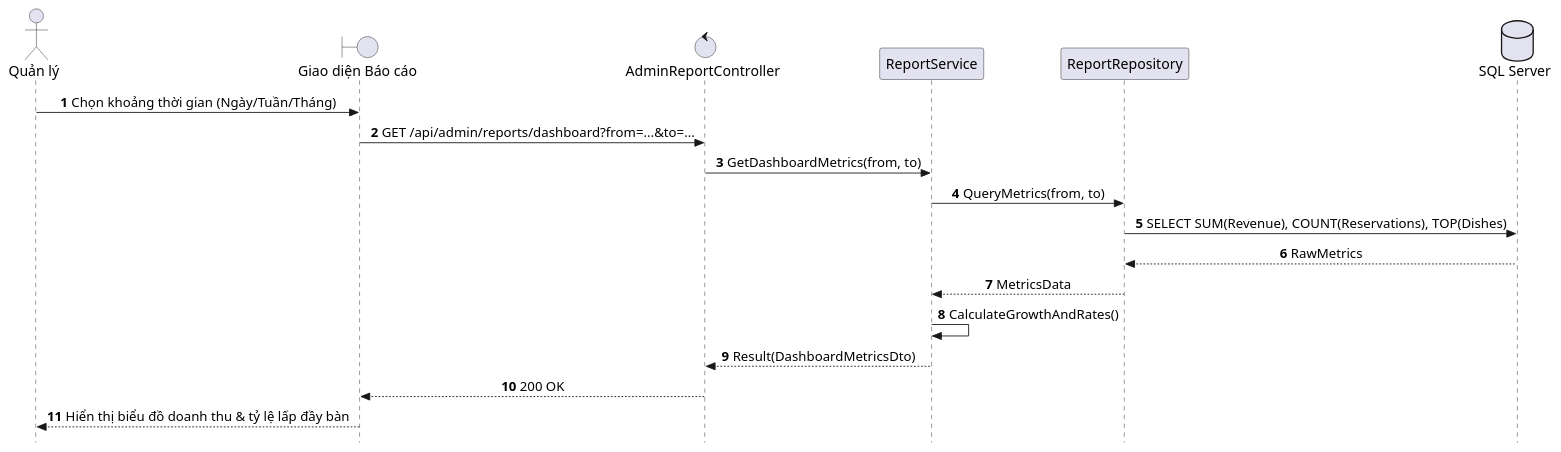
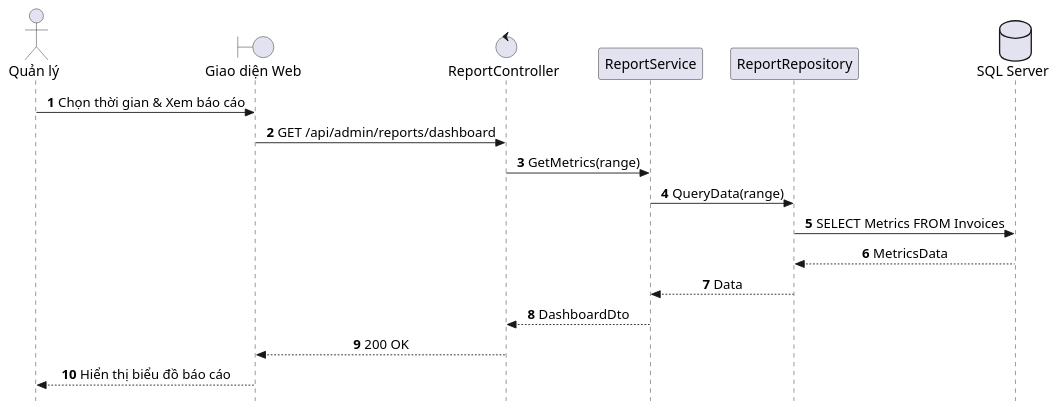
One commit to AndrewQng/VinDining changed the diagram in docs/use-cases/UC-A5_Bao_Cao_Thong_Ke_Dashboard.md. Above: the diagram before and after it, drawn with PlantUML. The commit also changed other lines of this file and 87 other files, not shown here.

Commit message:
docs: add phase 1 use case specifications, sequence diagrams, and architecture diagrams

````diff
--- a/docs/use-cases/UC-A5_Bao_Cao_Thong_Ke_Dashboard.md
+++ b/docs/use-cases/UC-A5_Bao_Cao_Thong_Ke_Dashboard.md
@@ -1,34 +25,33 @@
 ```plantuml
 @startuml SD_UC_A5_Analytics_Dashboard
 autonumber
 skinparam style strictuml
 skinparam sequenceMessageAlign center
 skinparam responseMessageBelowArrow true
 skinparam defaultFontName "Segoe UI", Arial, sans-serif
 skinparam defaultFontSize 16
 skinparam sequenceActorFontSize 16
 skinparam sequenceParticipantFontSize 16
 skinparam sequenceArrowFontSize 15
 skinparam sequenceGroupFontSize 15
 skinparam sequenceGroupHeaderFontSize 15
 
 actor "Quản lý" as Manager
-boundary "Giao diện Báo cáo" as UI
-control "AdminReportController" as Controller
+boundary "Giao diện Web" as UI
+control "ReportController" as Controller
 participant "ReportService" as Service
 participant "ReportRepository" as Repo
 database "SQL Server" as DB
 
-Manager -> UI: Chọn khoảng thời gian (Ngày/Tuần/Tháng)
-UI -> Controller: GET /api/admin/reports/dashboard?from=...&to=...
-Controller -> Service: GetDashboardMetrics(from, to)
-Service -> Repo: QueryMetrics(from, to)
-Repo -> DB: SELECT SUM(Revenue), COUNT(Reservations), TOP(Dishes)
-DB --> Repo: RawMetrics
-Repo --> Service: MetricsData
-Service -> Service: CalculateGrowthAndRates()
-Service --> Controller: Result(DashboardMetricsDto)
+Manager -> UI: Chọn thời gian & Xem báo cáo
+UI -> Controller: GET /api/admin/reports/dashboard
+Controller -> Service: GetMetrics(range)
+Service -> Repo: QueryData(range)
+Repo -> DB: SELECT Metrics FROM Invoices
+DB --> Repo: MetricsData
+Repo --> Service: Data
+Service --> Controller: DashboardDto
 Controller --> UI: 200 OK
-UI --> Manager: Hiển thị biểu đồ doanh thu & tỷ lệ lấp đầy bàn
+UI --> Manager: Hiển thị biểu đồ báo cáo
 @enduml
 ```
````
